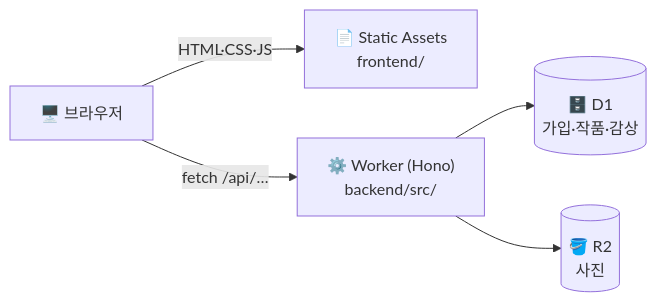
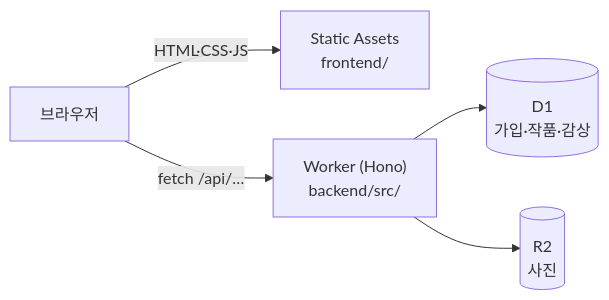
The diagram in README.md (10x4hs/p-art), drawn with Mermaid before and after one commit. The commit also changed other lines of this file, not shown here.

````diff
--- a/README.md
+++ b/README.md
@@ -44,7 +44,7 @@
 ```mermaid
 flowchart LR
-  B["🖥️ 브라우저"] -- "HTML·CSS·JS" --> SA["📄 Static Assets<br/>frontend/"]
-  B -- "fetch /api/…" --> W["⚙️ Worker (Hono)<br/>backend/src/"]
-  W --> D1[("🗄️ D1<br/>가입·작품·감상")]
-  W --> R2[("🪣 R2<br/>사진")]
+  B[" 브라우저"] -- "HTML·CSS·JS" --> SA[" Static Assets<br/>frontend/"]
+  B -- "fetch /api/…" --> W[" Worker (Hono)<br/>backend/src/"]
+  W --> D1[("D1<br/>가입·작품·감상")]
+  W --> R2[("R2<br/>사진")]
 ```
````
